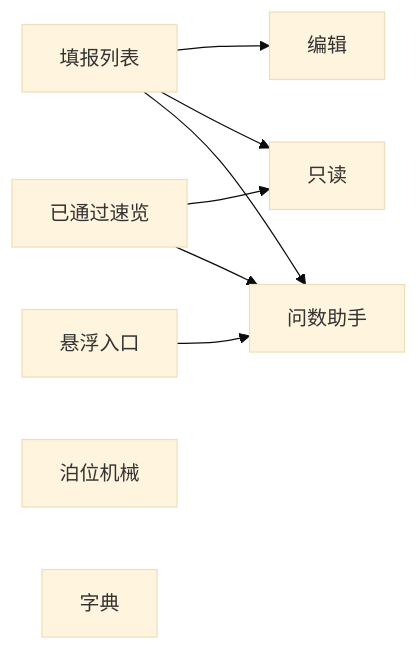
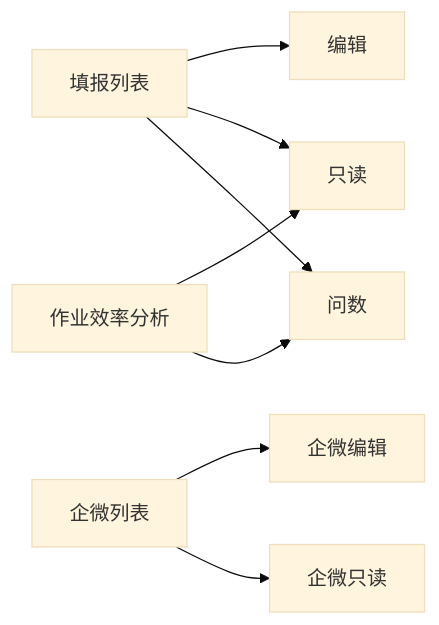
One commit to liaoliao66/TOS changed the sixth of 6 diagrams in docs/versions/v1.0.0/prd.md. Above: the diagram before and after it, drawn with Mermaid (base theme). The commit also changed other lines of this file and 15 other files, not shown here.

````diff
--- a/docs/versions/v1.0.0/prd.md
+++ b/docs/versions/v1.0.0/prd.md
@@ -359,11 +412,10 @@
 ```mermaid
 flowchart LR
     L[填报列表] --> E[编辑]
     L --> V[只读]
-    O[已通过速览] --> V
-    O --> A[问数助手]
+    EF[作业效率分析] --> V
+    EF --> A[问数]
     L --> A
-    FAB[悬浮入口] --> A
-    BM[泊位机械]
-    DI[字典]
+    WXL[企微列表] --> WXE[企微编辑]
+    WXL --> WXV[企微只读]
 ```
````
